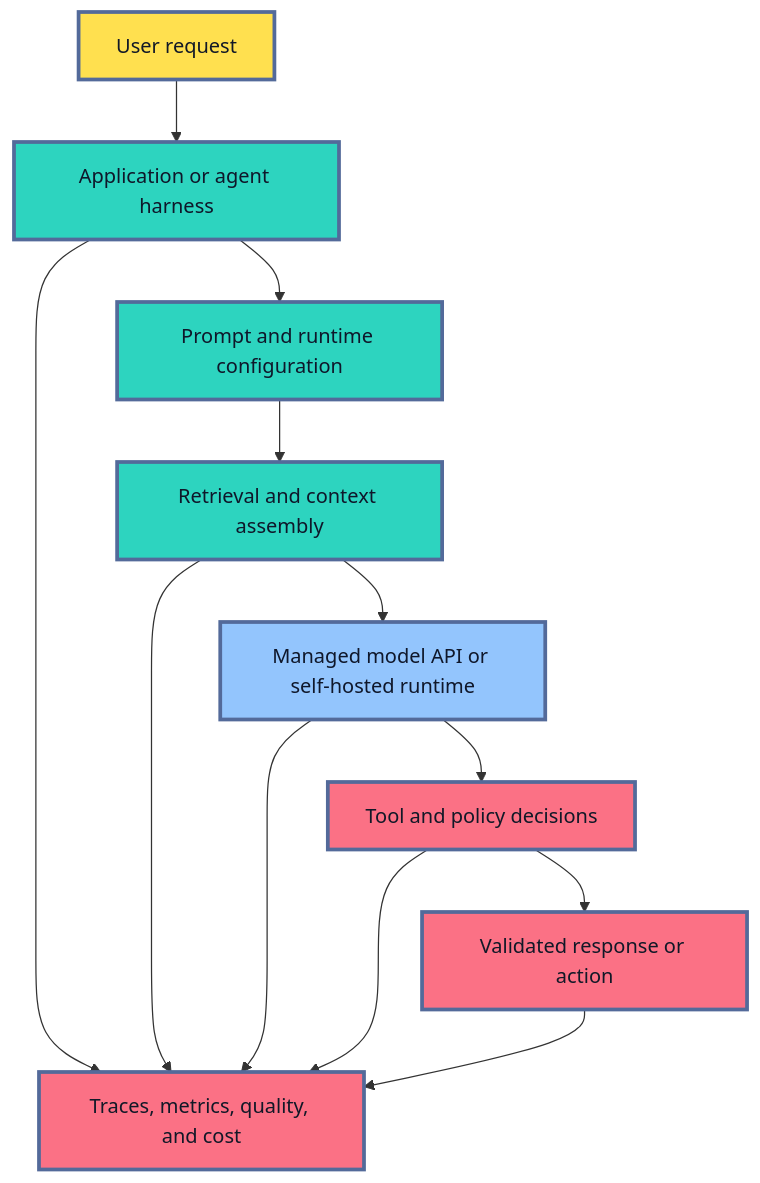
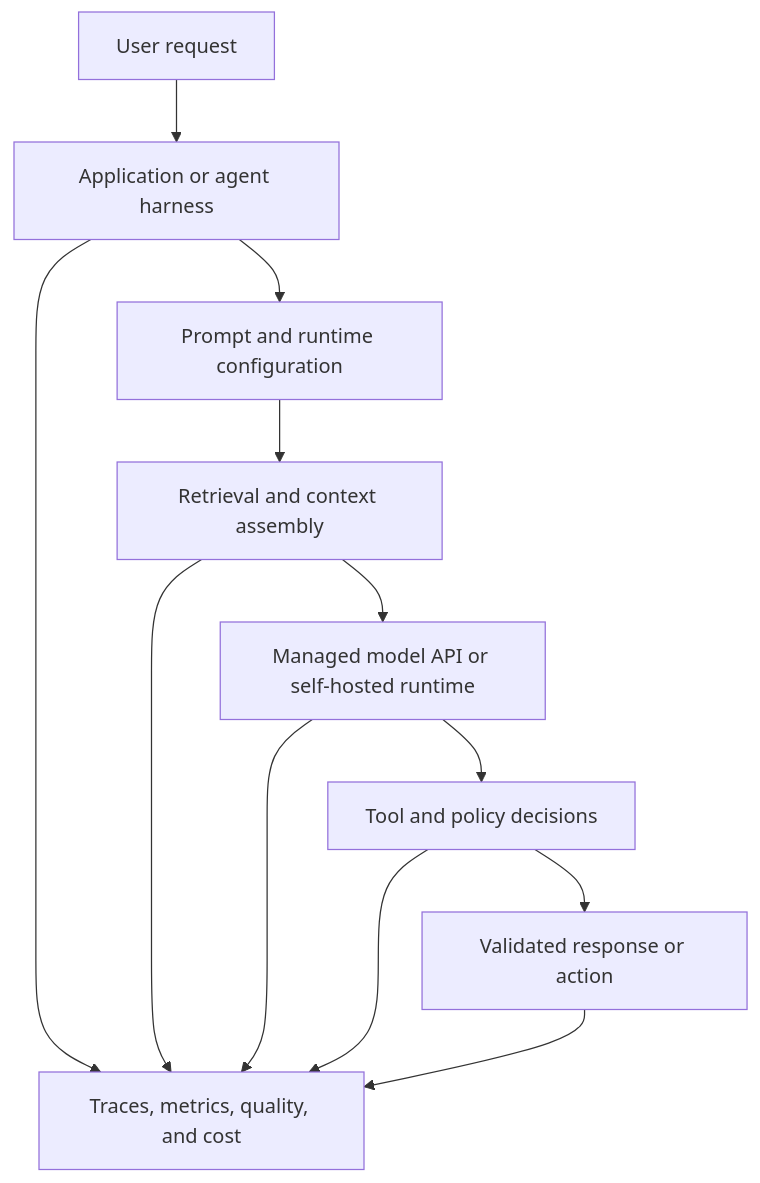
One commit to senlinyy/dev-roadmaps changed the first of 3 diagrams in roadmaps/mlops/modules/llmops/cost-and-deployment/03-production-deployment.md. Above: the diagram before and after it, drawn with Mermaid. The commit also changed other lines of this file and 152 other files, not shown here.

Commit message:
feat: mlops and diagrams updated

````diff
--- a/roadmaps/mlops/modules/llmops/cost-and-deployment/03-production-deployment.md
+++ b/roadmaps/mlops/modules/llmops/cost-and-deployment/03-production-deployment.md
@@ -49,23 +49,19 @@
 ```mermaid
 flowchart TD
     A["User request"] --> B["Application or agent harness"]
     B --> C["Prompt and runtime configuration"]
     C --> D["Retrieval and context assembly"]
     D --> E["Managed model API or self-hosted runtime"]
     E --> F["Tool and policy decisions"]
     F --> G["Validated response or action"]
     B --> H["Traces, metrics, quality, and cost"]
     D --> H
     E --> H
     F --> H
     G --> H
 
-    classDef user fill:#FFE04F,stroke:#536A9A,stroke-width:3px,color:#111827
-    classDef app fill:#2DD4BF,stroke:#536A9A,stroke-width:3px,color:#0F172A
-    classDef runtime fill:#93C5FD,stroke:#536A9A,stroke-width:3px,color:#0F172A
-    classDef control fill:#FB7185,stroke:#536A9A,stroke-width:3px,color:#111827
     class A user
     class B,C,D app
     class E runtime
     class F,G,H control
 ```
````
